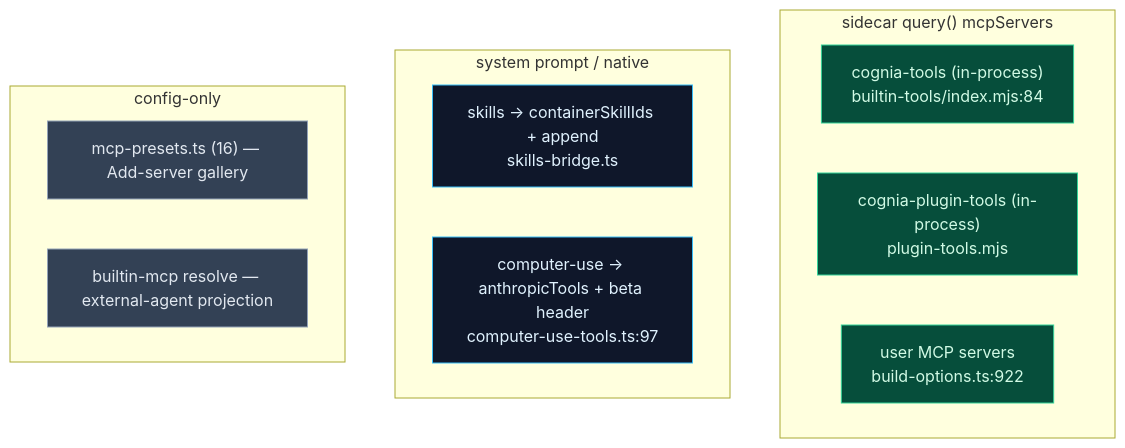
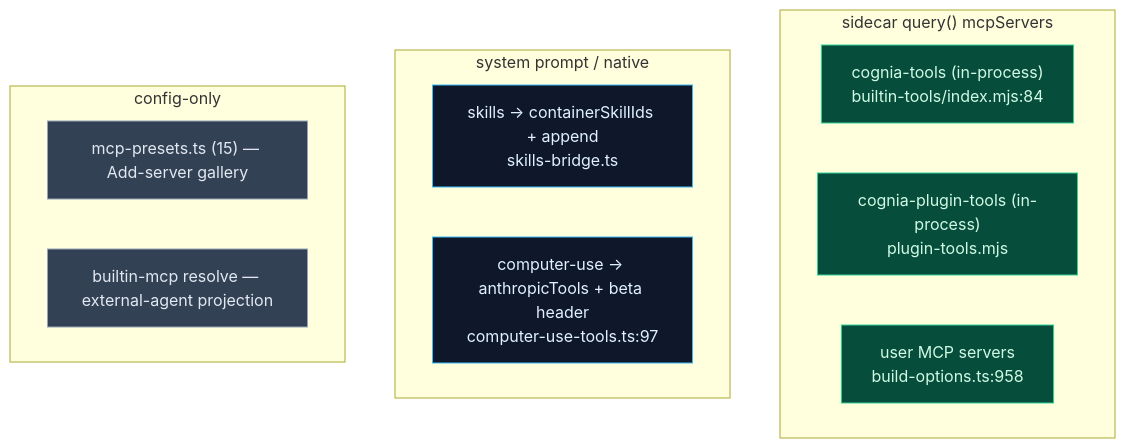
The first of 2 diagrams in docs/content/docs/en/chat/built-in-agent/tools-mcp.mdx (MaxQian888/cognia-next), drawn with Mermaid before and after one commit. The commit also changed other lines of this file and 17 other files, not shown here.

````diff
--- a/docs/content/docs/en/chat/built-in-agent/tools-mcp.mdx
+++ b/docs/content/docs/en/chat/built-in-agent/tools-mcp.mdx
@@ -23,23 +23,23 @@
 ```mermaid
 flowchart TB
   subgraph SDK["sidecar query() mcpServers"]
     CT["cognia-tools (in-process)<br/>builtin-tools/index.mjs:84"]
     PT["cognia-plugin-tools (in-process)<br/>plugin-tools.mjs"]
-    UM["user MCP servers<br/>build-options.ts:922"]
+    UM["user MCP servers<br/>build-options.ts:958"]
   end
   subgraph PROMPT["system prompt / native"]
     SK["skills → containerSkillIds + append<br/>skills-bridge.ts"]
     CU["computer-use → anthropicTools + beta header<br/>computer-use-tools.ts:97"]
   end
   subgraph CONFIG["config-only"]
-    PRE["mcp-presets.ts (16) — Add-server gallery"]
+    PRE["mcp-presets.ts (15) — Add-server gallery"]
     BM["builtin-mcp resolve — external-agent projection"]
   end
 
   classDef a fill:#064e3b,stroke:#34d399,color:#d1fae5
   classDef b fill:#0f172a,stroke:#38bdf8,color:#e0f2fe
   classDef c fill:#334155,stroke:#94a3b8,color:#e2e8f0
   class CT,PT,UM a
   class SK,CU b
   class PRE,BM c
 ```
````
